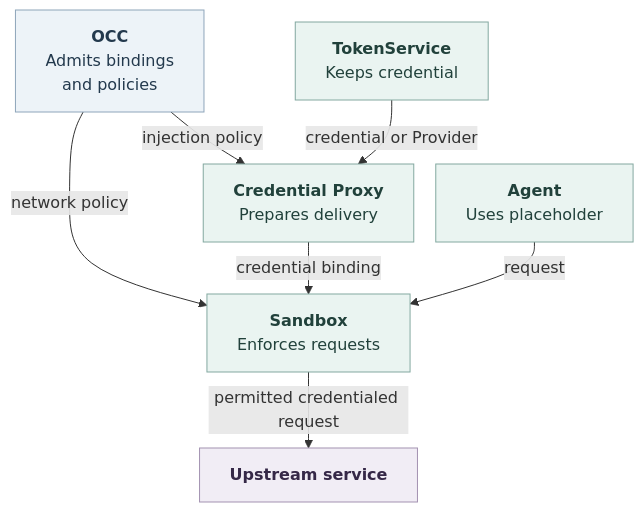
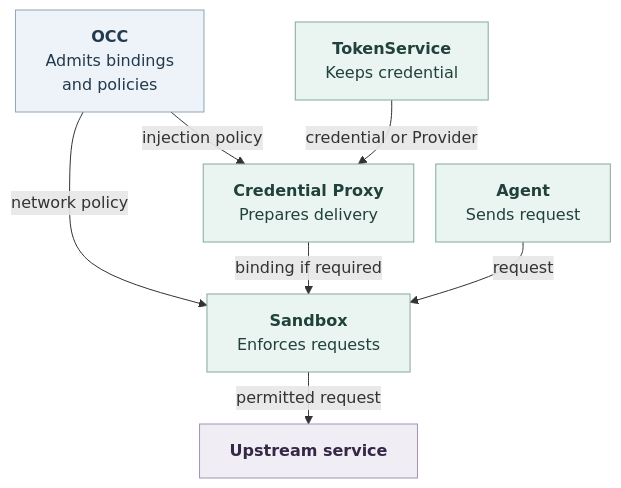
Before and after one commit to openclaw/openclaw-enterprise: the diagram in docs/design/credential-proxy.md, drawn with Mermaid. The commit also changed other lines of this file and 25 other files, not shown here.

````diff
--- a/docs/design/credential-proxy.md
+++ b/docs/design/credential-proxy.md
@@ -32,22 +32,22 @@
 ```mermaid
 ---
 config:
   htmlLabels: true
   flowchart:
     nodeSpacing: 22
     rankSpacing: 28
 ---
 flowchart TB
   OCC["<b>OCC</b><br/>Admits bindings<br/>and policies"] -->|network policy| S["<b>Sandbox</b><br/>Enforces requests"]
   OCC -->|injection policy| P["<b>Credential Proxy</b><br/>Prepares delivery"]
   T["<b>TokenService</b><br/>Keeps credential"] -->|credential or Provider| P
-  P -->|credential binding| S
-  A["<b>Agent</b><br/>Uses placeholder"] -->|request| S
-  S -->|permitted credentialed request| U["<b>Upstream service</b>"]
+  P -->|binding if required| S
+  A["<b>Agent</b><br/>Sends request"] -->|request| S
+  S -->|permitted request| U["<b>Upstream service</b>"]
   classDef record fill:#EDF3F8,stroke:#8EA5BA,color:#23394D,stroke-width:1px
   classDef operation fill:#EAF4F1,stroke:#83A8A0,color:#21413B,stroke-width:1px
   classDef external fill:#F1EDF5,stroke:#A392B1,color:#352847,stroke-width:1px
   class OCC record
   class S,P,T,A operation
   class U external
 ```
````
